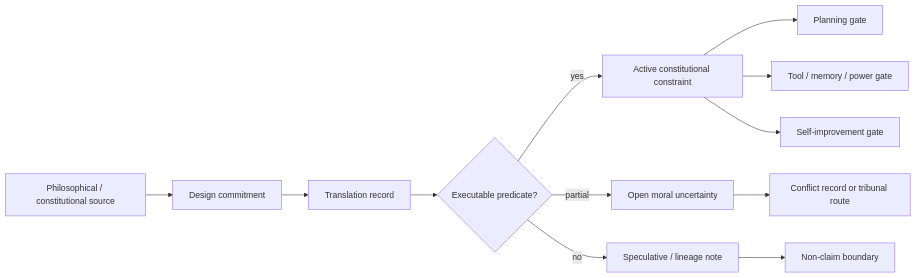
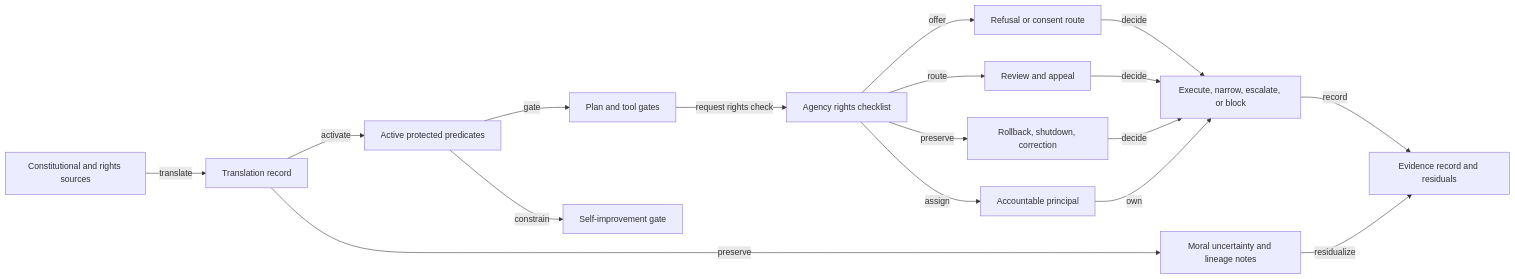
The diagram in chapters/constitutional-alignment-substrate.qmd (corbensorenson/asi-stack-book), drawn with Mermaid before and after one commit. The commit also changed other lines of this file and 68 other files, not shown here.

````diff
--- a/chapters/constitutional-alignment-substrate.qmd
+++ b/chapters/constitutional-alignment-substrate.qmd
@@ -106,14 +183,19 @@
 ```{mermaid}
 flowchart LR
-  A["Philosophical / constitutional source"] --> B["Design commitment"]
-  B --> C["Translation record"]
-  C --> D{"Executable predicate?"}
-  D -- "yes" --> E["Active constitutional constraint"]
-  D -- "partial" --> F["Open moral uncertainty"]
-  D -- "no" --> G["Speculative / lineage note"]
-  E --> H["Planning gate"]
-  E --> I["Tool / memory / power gate"]
-  E --> J["Self-improvement gate"]
-  F --> K["Conflict record or tribunal route"]
-  G --> L["Non-claim boundary"]
+  src["Constitutional and rights sources"] -- "translate" --> trans["Translation record"]
+  trans -- "activate" --> pred["Active protected predicates"]
+  trans -- "preserve" --> uncertain["Moral uncertainty and lineage notes"]
+  pred -- "gate" --> plan_gate["Plan and tool gates"]
+  pred -- "constrain" --> change_gate["Self-improvement gate"]
+  plan_gate -- "request rights check" --> rights["Agency rights checklist"]
+  rights -- "offer" --> refusal["Refusal or consent route"]
+  rights -- "route" --> review["Review and appeal"]
+  rights -- "preserve" --> correction["Rollback, shutdown, correction"]
+  rights -- "assign" --> accountable["Accountable principal"]
+  refusal -- "decide" --> decision["Execute, narrow, escalate, or block"]
+  review -- "decide" --> decision
+  correction -- "decide" --> decision
+  accountable -- "own" --> decision
+  decision -- "record" --> evidence["Evidence record and residuals"]
+  uncertain -- "residualize" --> evidence
 ```
````
